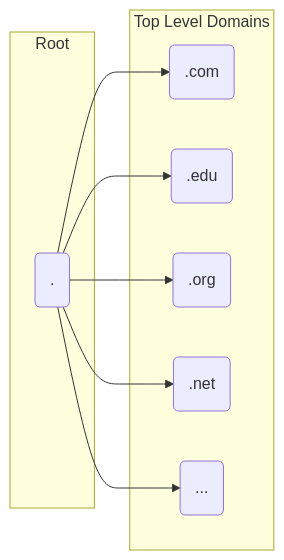
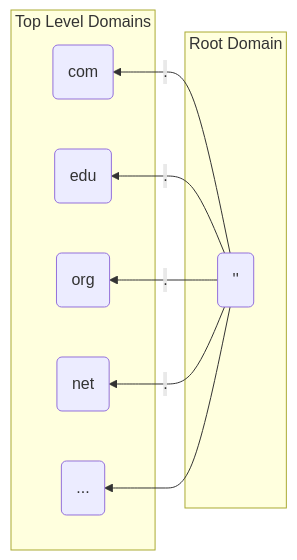
The second of 8 diagrams in _posts/2022-12-01-what-is-DNS.md (underscoremin/underscoremin.github.io), drawn with Mermaid before and after one commit. The commit also changed other lines of this file and 3 other files, not shown here.

```diff
--- a/_posts/2022-12-01-what-is-DNS.md
+++ b/_posts/2022-12-01-what-is-DNS.md
@@ -109,13 +69,13 @@
 <div class="mermaid"> 
-flowchart LR
-    subgraph Root
-        root(.)
+flowchart RL
+    subgraph Root Domain
+        root('')
     end
     subgraph &nbsp&nbspTop Level Domains&nbsp&nbsp
-        root --> com(.com)
-        root --> edu(.edu)
-        root --> org(.org)
-        root --> net(.net)
+        root -- &nbsp.&nbsp --> com(com)
+        root -- &nbsp.&nbsp --> edu(edu)
+        root -- &nbsp.&nbsp --> org(org)
+        root -- &nbsp.&nbsp --> net(net)
         root --> ...(...)
     end
 </div>   
```
